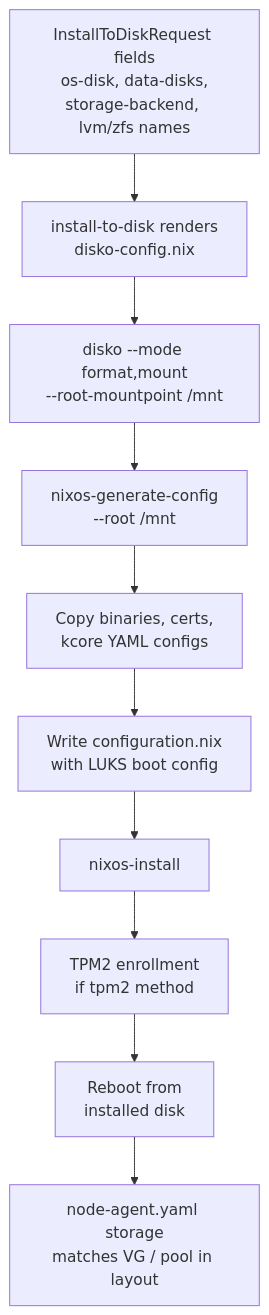
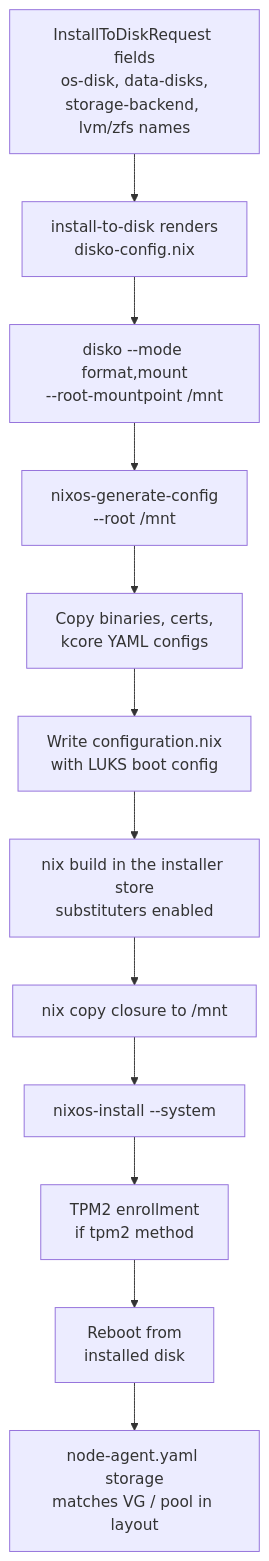
Before and after one commit to kcorehypervisor/kcore: the second of 3 diagrams in docs/node-install-bootstrap-flow.md, drawn with Mermaid. The commit also changed other lines of this file and 4 other files, not shown here.

First line of the commit message:
fix(installer): build the installed system with substituters (#73)

````diff
--- a/docs/node-install-bootstrap-flow.md
+++ b/docs/node-install-bootstrap-flow.md
@@ -130,23 +130,27 @@
 ```mermaid
 flowchart TD
   intent["InstallToDiskRequest fields<br/>os-disk, data-disks,<br/>storage-backend, lvm/zfs names"]
   render["install-to-disk renders<br/>disko-config.nix"]
   diskoRun["disko --mode format,mount<br/>--root-mountpoint /mnt"]
   hwcfg["nixos-generate-config<br/>--root /mnt"]
   copyBin["Copy binaries, certs,<br/>kcore YAML configs"]
   cfg["Write configuration.nix<br/>with LUKS boot config"]
-  install["nixos-install"]
+  build["nix build in the installer store<br/>substituters enabled"]
+  copyClosure["nix copy closure to /mnt"]
+  install["nixos-install --system"]
   tpmEnroll["TPM2 enrollment<br/>if tpm2 method"]
   reboot["Reboot from<br/>installed disk"]
   match["node-agent.yaml storage<br/>matches VG / pool in layout"]
 
   intent --> render
   render --> diskoRun
   diskoRun --> hwcfg
   hwcfg --> copyBin
   copyBin --> cfg
-  cfg --> install
+  cfg --> build
+  build --> copyClosure
+  copyClosure --> install
   install --> tpmEnroll
   tpmEnroll --> reboot
   reboot --> match
 ```
````
